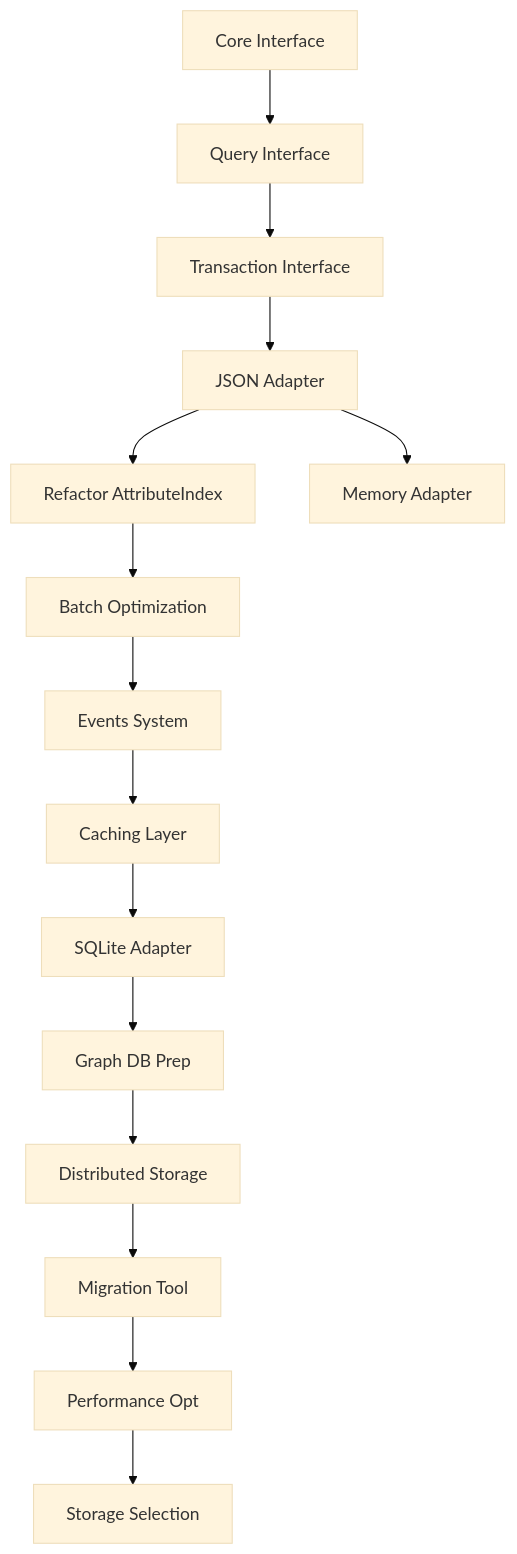
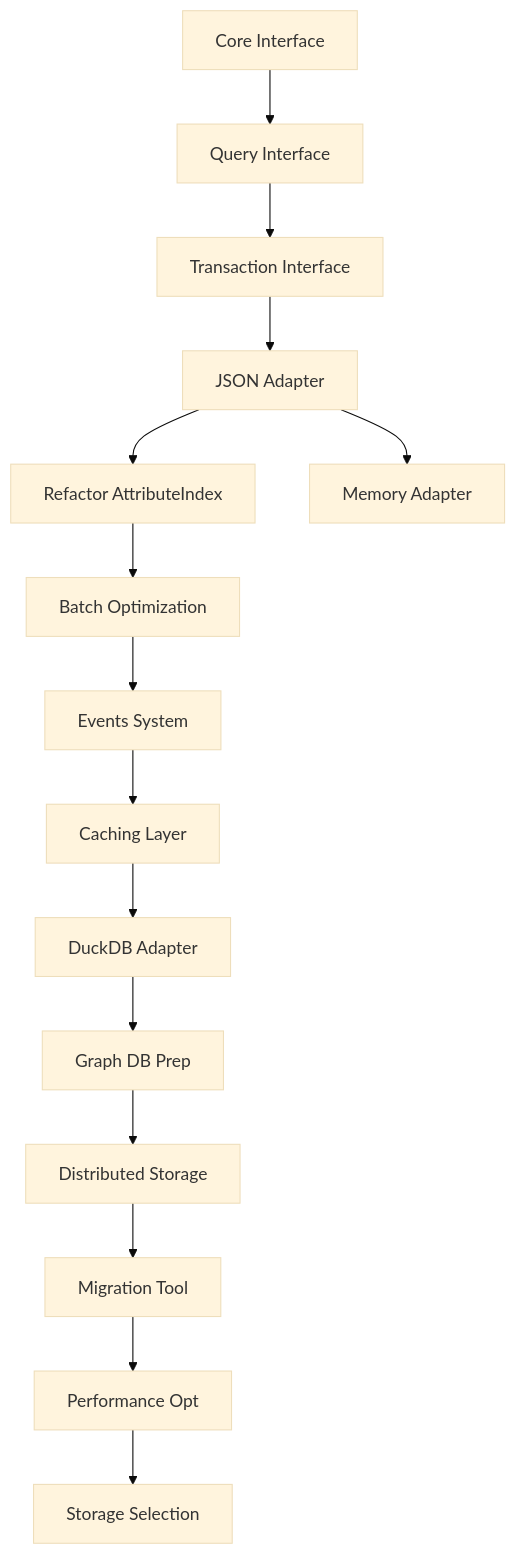
One commit to jwynia/corticai changed the diagram in context-network/planning/storage-abstraction/task-sequence.md. Above: the diagram before and after it, drawn with Mermaid (base theme). The commit also changed other lines of this file and 19 other files, not shown here.

First line of the commit message:
Update storage roadmap to prioritize DuckDB over SQLite

````diff
--- a/context-network/planning/storage-abstraction/task-sequence.md
+++ b/context-network/planning/storage-abstraction/task-sequence.md
@@ -505,17 +505,17 @@
 ```mermaid
 graph TD
     T1.1[Core Interface] --> T1.2[Query Interface]
     T1.2 --> T1.3[Transaction Interface]
     T1.3 --> T2.1[JSON Adapter]
     T2.1 --> T2.2[Refactor AttributeIndex]
     T2.1 --> T2.3[Memory Adapter]
     T2.2 --> T3.1[Batch Optimization]
     T3.1 --> T3.2[Events System]
     T3.2 --> T3.3[Caching Layer]
-    T3.3 --> T4.1[SQLite Adapter]
+    T3.3 --> T4.1[DuckDB Adapter]
     T4.1 --> T4.2[Graph DB Prep]
     T4.2 --> T4.3[Distributed Storage]
     T4.3 --> T5.1[Migration Tool]
     T5.1 --> T5.2[Performance Opt]
     T5.2 --> T5.3[Storage Selection]
 ```
````
